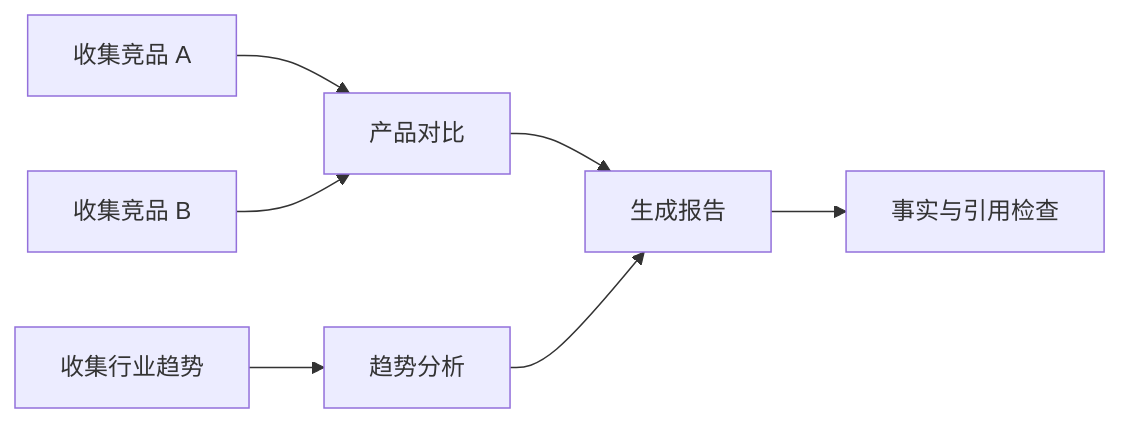
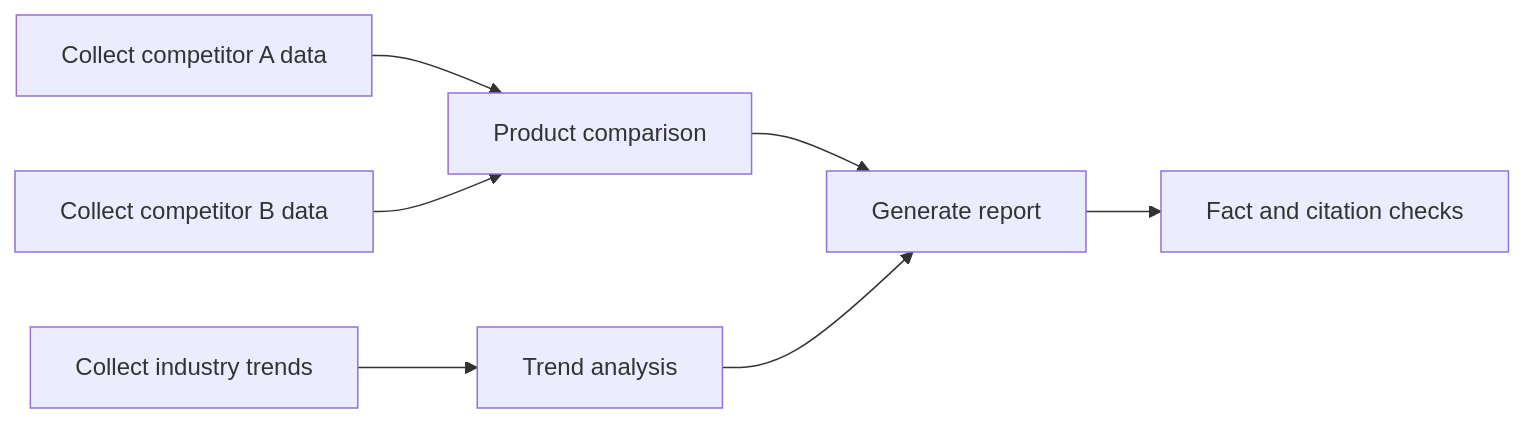
Before and after one commit to oneleaveknowsthefall/awesome-ai-roadmap: the eighth of 16 diagrams in docs/agent/02-reasoning-planning/06-task-decomposition.md, drawn with Mermaid. The commit also changed other lines of this file and 68 other files, not shown here.

````diff
--- a/docs/agent/02-reasoning-planning/06-task-decomposition.md
+++ b/docs/agent/02-reasoning-planning/06-task-decomposition.md
@@ -454,9 +456,9 @@
 ```mermaid
 flowchart LR
-    A[收集竞品 A] --> D[产品对比]
-    B[收集竞品 B] --> D
-    C[收集行业趋势] --> E[趋势分析]
-    D --> F[生成报告]
+    A[Collect competitor A data] --> D[Product comparison]
+    B[Collect competitor B data] --> D
+    C[Collect industry trends] --> E[Trend analysis]
+    D --> F[Generate report]
     E --> F
-    F --> G[事实与引用检查]
+    F --> G[Fact and citation checks]
 ```
````
